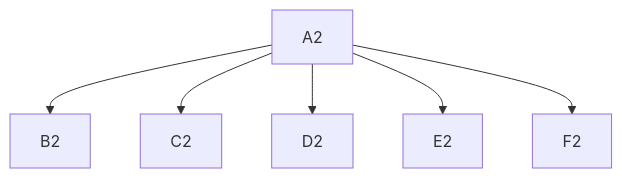
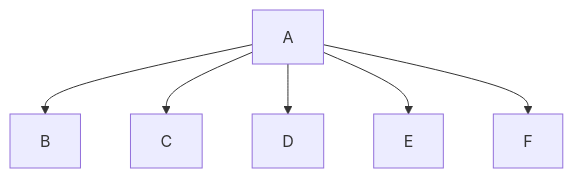
The seventh of 25 diagrams in test_folder/input/test_long.MD (Dr-Lazarus/MD-to-Tex), drawn with Mermaid before and after one commit. The commit also changed other lines of this file and 7 other files, not shown here.

Commit message:
feat: Add class diagrams

````diff
--- a/test_folder/input/test_long.MD
+++ b/test_folder/input/test_long.MD
@@ -92,8 +97,8 @@
 ```mermaid
 graph TD;
-    A2-->B2;
-    A2-->C2;
-    A2-->D2;
-    A2-->E2;
-    A2-->F2;
+    A-->B;
+    A-->C;
+    A-->D;
+    A-->E;
+    A-->F;
 ```
````
